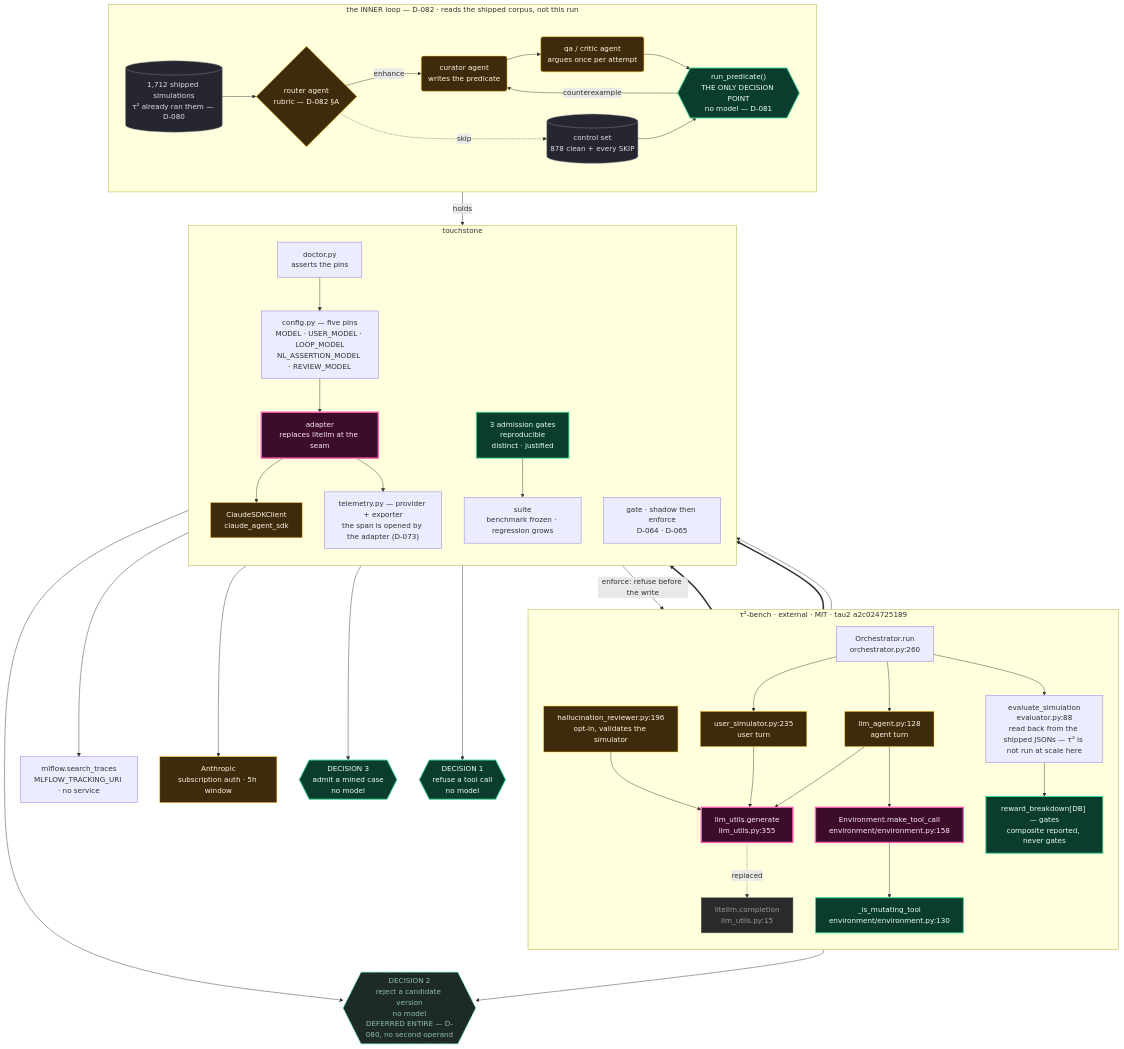
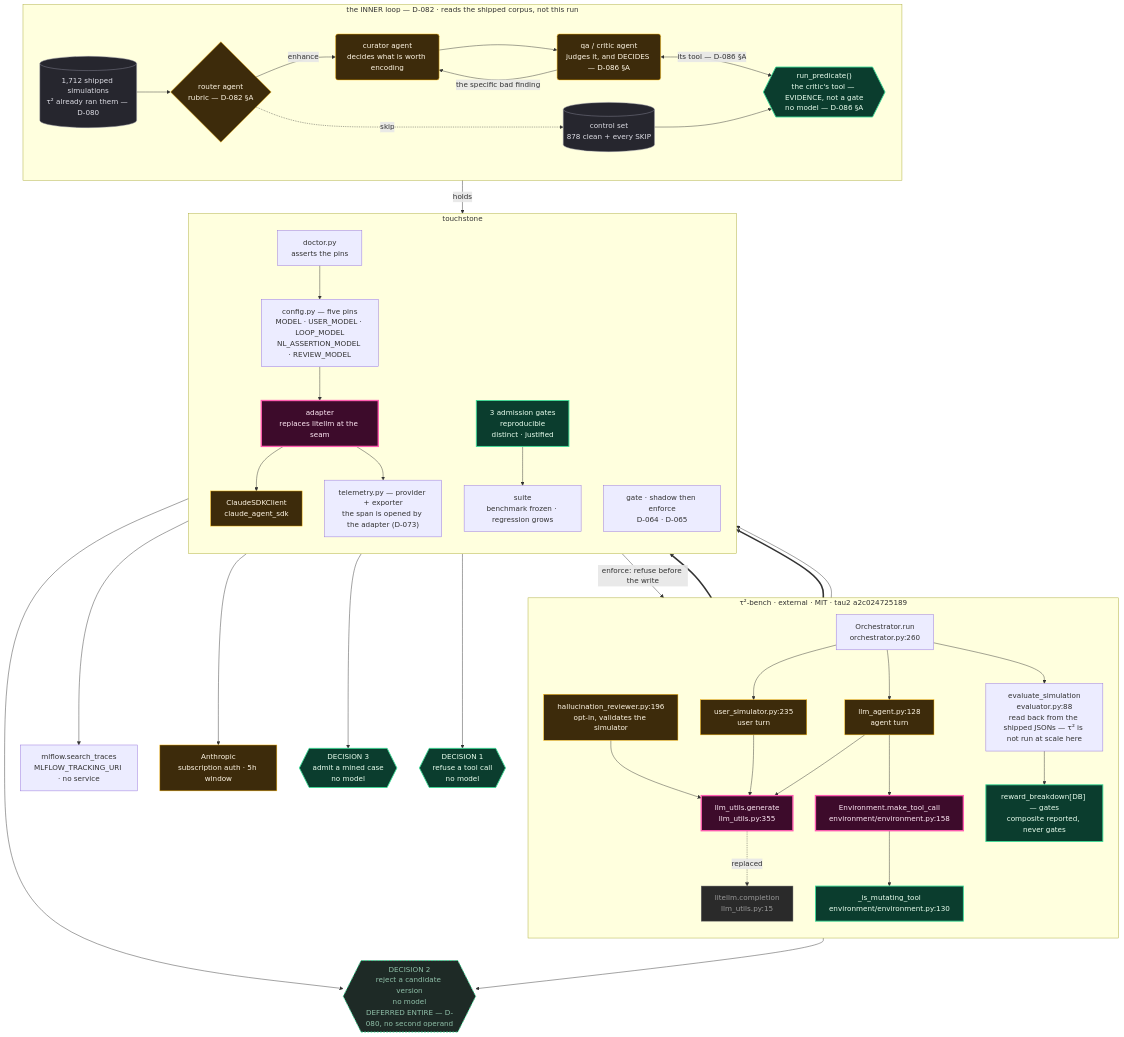
One commit to sandeepyadav1478/touchstone changed the diagram in diagrams/phase1.mmd. Above: the diagram before and after it, drawn with Mermaid. The commit also changed 6 other files, not shown here.

First line of the commit message:
D-086: the critic decides, the rubric gets criteria, admission leaves the loop

```diff
--- a/diagrams/phase1.mmd
+++ b/diagrams/phase1.mmd
@@ -1,98 +1,99 @@
 %% touchstone phase 1 — the adapter, the enforcement point, and the three decisions
 %% Every node names a real symbol: touchstone, or tau2-bench — tau2 at commit a2c024725189 (MIT). D-068.
 flowchart TB
 
   subgraph TAU2["τ²-bench · external · MIT · tau2 a2c024725189"]
     direction TB
     RUN["Orchestrator.run<br/>orchestrator.py:260"]
     AGENT["llm_agent.py:128<br/>agent turn"]
     USER["user_simulator.py:235<br/>user turn"]
     REVIEW["hallucination_reviewer.py:196<br/>opt-in, validates the simulator"]
     GEN["llm_utils.generate<br/>llm_utils.py:355"]
     LITE["litellm.completion<br/>llm_utils.py:15"]
     ENVC["Environment.make_tool_call<br/>environment/environment.py:158"]
     MUT["_is_mutating_tool<br/>environment/environment.py:130"]
     EVAL["evaluate_simulation<br/>evaluator.py:88<br/>read back from the shipped JSONs — τ² is not run at scale here"]
     REW["reward_breakdown[DB] — gates<br/>composite reported, never gates"]
   end
 
   subgraph TS["touchstone"]
     direction TB
     ADP["adapter<br/>replaces litellm at the seam"]
     SDK["ClaudeSDKClient<br/>claude_agent_sdk"]
     CFG["config.py — five pins<br/>MODEL · USER_MODEL · LOOP_MODEL<br/>NL_ASSERTION_MODEL · REVIEW_MODEL"]
     GATE["gate · shadow then enforce<br/>D-064 · D-065"]
     TEL["telemetry.py — provider + exporter<br/>the span is opened by the adapter (D-073)"]
     SUITE["suite<br/>benchmark frozen · regression grows"]
     ADMIT["3 admission gates<br/>reproducible<br/>distinct · justified"]
     DOC["doctor.py<br/>asserts the pins"]
   end
 
   MLF["mlflow.search_traces<br/>MLFLOW_TRACKING_URI · no service"]
   ANTH["Anthropic<br/>subscription auth · 5h window"]
 
   subgraph MINE["the INNER loop — D-082 · reads the shipped corpus, not this run"]
     direction LR
     CORPUS[("1,712 shipped simulations<br/>τ² already ran them — D-080")]
     ROUTER{"router agent<br/>rubric — D-082 §A"}
-    CURATOR("curator agent<br/>writes the predicate")
-    CRITIC("qa / critic agent<br/>argues once per attempt")
-    PRED{{"run_predicate()<br/>THE ONLY DECISION POINT<br/>no model — D-081"}}
+    CURATOR("curator agent<br/>decides what is worth encoding")
+    CRITIC("qa / critic agent<br/>judges it, and DECIDES — D-086 §A")
+    PRED{{"run_predicate()<br/>the critic's tool — EVIDENCE, not a gate<br/>no model — D-086 §A"}}
     CTRL[("control set<br/>878 clean + every SKIP")]
     CORPUS --> ROUTER
     ROUTER -- "enhance" --> CURATOR
     ROUTER -. "skip" .-> CTRL
-    CURATOR --> CRITIC --> PRED
-    PRED -- "counterexample" --> CURATOR
+    CURATOR --> CRITIC
+    CRITIC <-- "its tool — D-086 §A" --> PRED
+    CRITIC -- "the specific bad finding" --> CURATOR
     CTRL --> PRED
   end
 
   RUN --> AGENT
   RUN --> USER
   AGENT --> GEN
   USER --> GEN
   REVIEW --> GEN
 
   GEN -. "replaced" .-> LITE
   GEN ==> ADP
   ADP --> SDK --> ANTH
   CFG --> ADP
   DOC --> CFG
 
   AGENT --> ENVC
   ENVC --> MUT
   ENVC ==> GATE
   GATE -- "enforce: refuse before the write" --> ENVC
 
   RUN --> EVAL --> REW
 
   ADP --> TEL
   ENVC --> TEL
   TEL --> MLF
 
   REW --> D2
   ADMIT --> D3
   GATE --> D1
   PRED -- "holds" --> ADMIT
   ADMIT --> SUITE
   SUITE --> D2
 
   D1{{"DECISION 1<br/>refuse a tool call<br/>no model"}}
   D2{{"DECISION 2<br/>reject a candidate version<br/>no model<br/>DEFERRED ENTIRE — D-080, no second operand"}}
   D3{{"DECISION 3<br/>admit a mined case<br/>no model"}}
 
   classDef nomodel fill:#0b3d2e,stroke:#3ddc97,color:#eaffef,stroke-width:2px
   classDef model fill:#3d2b0b,stroke:#ffb703,color:#fff6e5
   classDef seam fill:#3d0b2b,stroke:#ff5db1,color:#ffe9f5,stroke-width:3px
   classDef dead fill:#2a2a2a,stroke:#666,color:#999
   classDef data fill:#26262e,stroke:#8a8a99,color:#dcdce4
   classDef deferred fill:#1e2a26,stroke:#3ddc97,stroke-dasharray:4 3,color:#8fbfa8
 
   class D1,D2,D3,REW,ADMIT,MUT nomodel
   class AGENT,USER,REVIEW,SDK,ANTH model
   class GEN,ADP,ENVC seam
   class CORPUS,CTRL data
   class ROUTER,CURATOR,CRITIC model
   class PRED nomodel
   class LITE dead
   class D2 deferred
```
